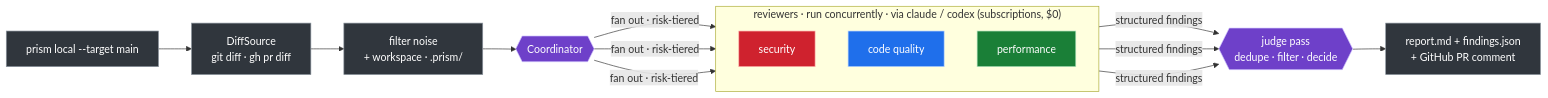
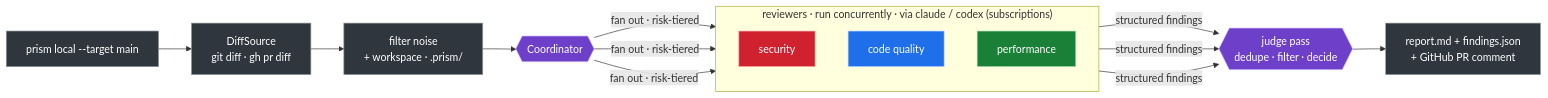
The diagram in README.md (joshuafuller/prism), drawn with Mermaid before and after one commit. The commit also changed other lines of this file, not shown here.

Commit message:
docs: tone down cost framing (drop $0-per-token; 'subscriptions, not metered API')

````diff
--- a/README.md
+++ b/README.md
@@ -39,28 +39,28 @@
 ```mermaid
 flowchart LR
     IN["prism local --target main"] --> DIFF["DiffSource<br/>git diff · gh pr diff"]
     DIFF --> WS["filter noise<br/>+ workspace · .prism/"]
     WS --> COORD{{"Coordinator"}}
 
-    subgraph REV ["reviewers · run concurrently · via claude / codex (subscriptions, $0)"]
+    subgraph REV ["reviewers · run concurrently · via claude / codex (subscriptions)"]
         direction TB
         SEC["security"]
         CQ["code quality"]
         PERF["performance"]
     end
 
     COORD -->|"fan out · risk-tiered"| SEC & CQ & PERF
     SEC & CQ & PERF -->|"structured findings"| JUDGE{{"judge pass<br/>dedupe · filter · decide"}}
     JUDGE --> OUT["report.md + findings.json<br/>+ GitHub PR comment"]
 
     classDef io fill:#30363d,stroke:#8b949e,color:#ffffff;
     classDef coord fill:#6e40c9,stroke:#d2c5ff,color:#ffffff;
     classDef sec fill:#cf222e,stroke:#ffb3ae,color:#ffffff;
     classDef cq fill:#1f6feb,stroke:#b6d3ff,color:#ffffff;
     classDef perf fill:#1a7f37,stroke:#aee0ba,color:#ffffff;
     class IN,DIFF,WS,OUT io;
     class COORD,JUDGE coord;
     class SEC sec;
     class CQ cq;
     class PERF perf;
 ```
````
